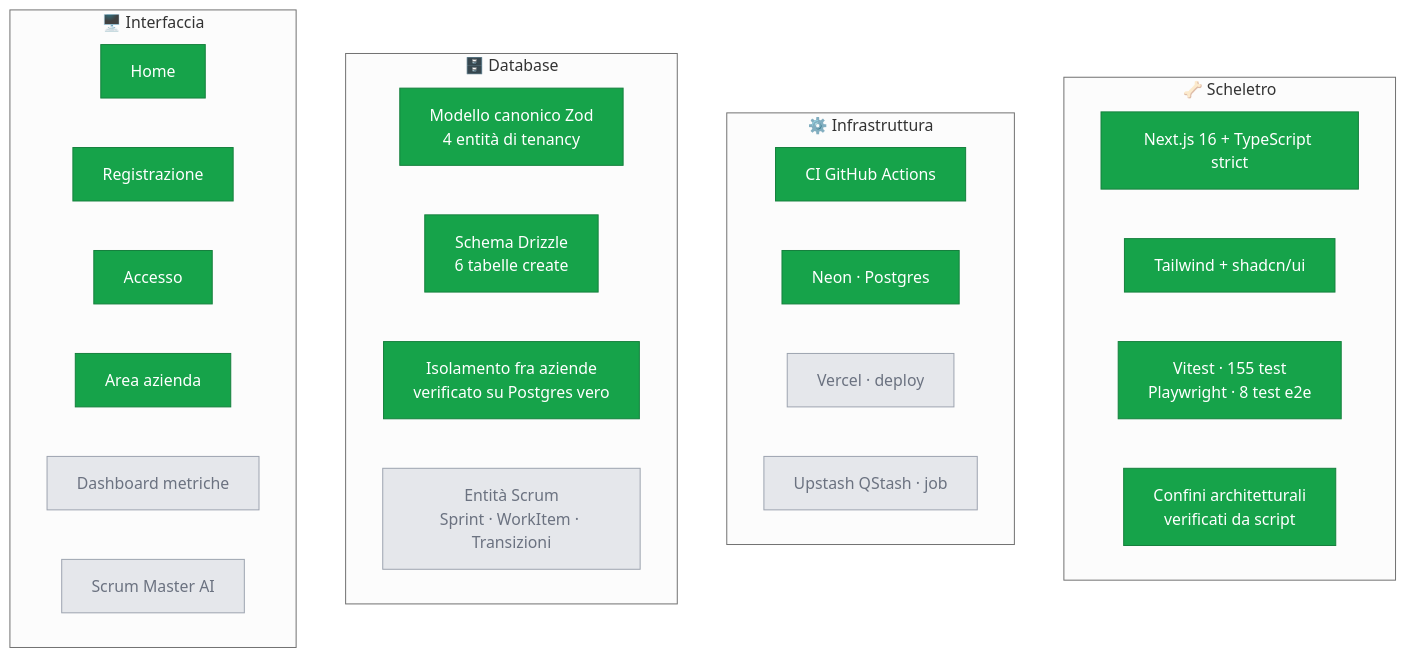
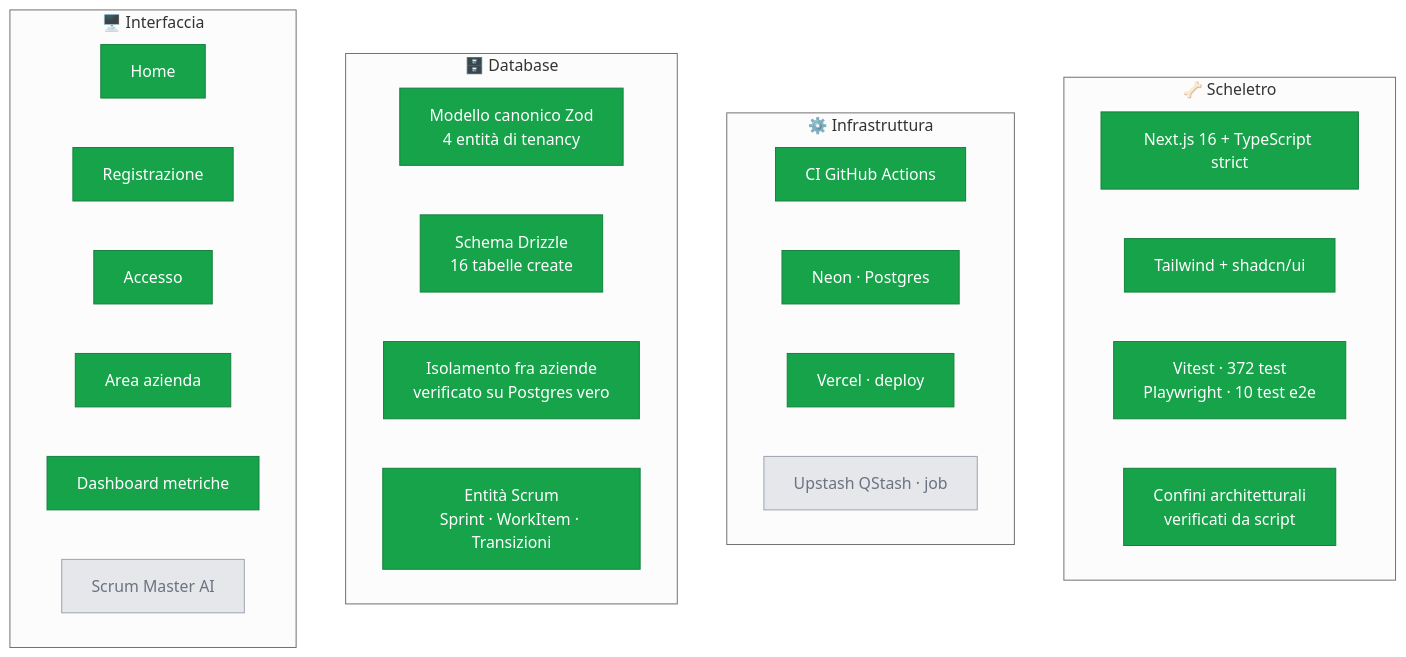
Before and after one commit to dibari62/scrum-master-ai: the first of 3 diagrams in docs/stato-progetto.md, drawn with Mermaid (neutral theme). The commit also changed other lines of this file and 3 other files, not shown here.

````diff
--- a/docs/stato-progetto.md
+++ b/docs/stato-progetto.md
@@ -12,44 +13,43 @@
 ```mermaid
 graph TB
     subgraph SCH["🦴 Scheletro"]
         S1["Next.js 16 + TypeScript strict"]
         S2["Tailwind + shadcn/ui"]
-        S3["Vitest · 155 test<br/>Playwright · 8 test e2e"]
+        S3["Vitest · 372 test<br/>Playwright · 10 test e2e"]
         S4["Confini architetturali<br/>verificati da script"]
     end
 
     subgraph INF["⚙️ Infrastruttura"]
         I1["CI GitHub Actions"]
         I2["Neon · Postgres"]
         I3["Vercel · deploy"]
         I4["Upstash QStash · job"]
     end
 
     subgraph DB["🗄️ Database"]
         D1["Modello canonico Zod<br/>4 entità di tenancy"]
-        D2["Schema Drizzle<br/>6 tabelle create"]
+        D2["Schema Drizzle<br/>16 tabelle create"]
         D3["Isolamento fra aziende<br/>verificato su Postgres vero"]
         D4["Entità Scrum<br/>Sprint · WorkItem · Transizioni"]
     end
 
     subgraph UI["🖥️ Interfaccia"]
         U1["Home"]
         U2["Registrazione"]
         U3["Accesso"]
         U4["Area azienda"]
         U5["Dashboard metriche"]
         U6["Scrum Master AI"]
     end
 
     classDef fatto fill:#16a34a,stroke:#15803d,color:#fff
     classDef corso fill:#eab308,stroke:#ca8a04,color:#000
     classDef todo fill:#e5e7eb,stroke:#9ca3af,color:#6b7280
 
     class S1,S2,S3,S4 fatto
-    class I1,I2 fatto
-    class I3,I4 todo
-    class D1,D2,D3 fatto
-    class D4 todo
-    class U1,U2,U3,U4 fatto
-    class U5,U6 todo
+    class I1,I2,I3 fatto
+    class I4 todo
+    class D1,D2,D3,D4 fatto
+    class U1,U2,U3,U4,U5 fatto
+    class U6 todo
 ```
````
